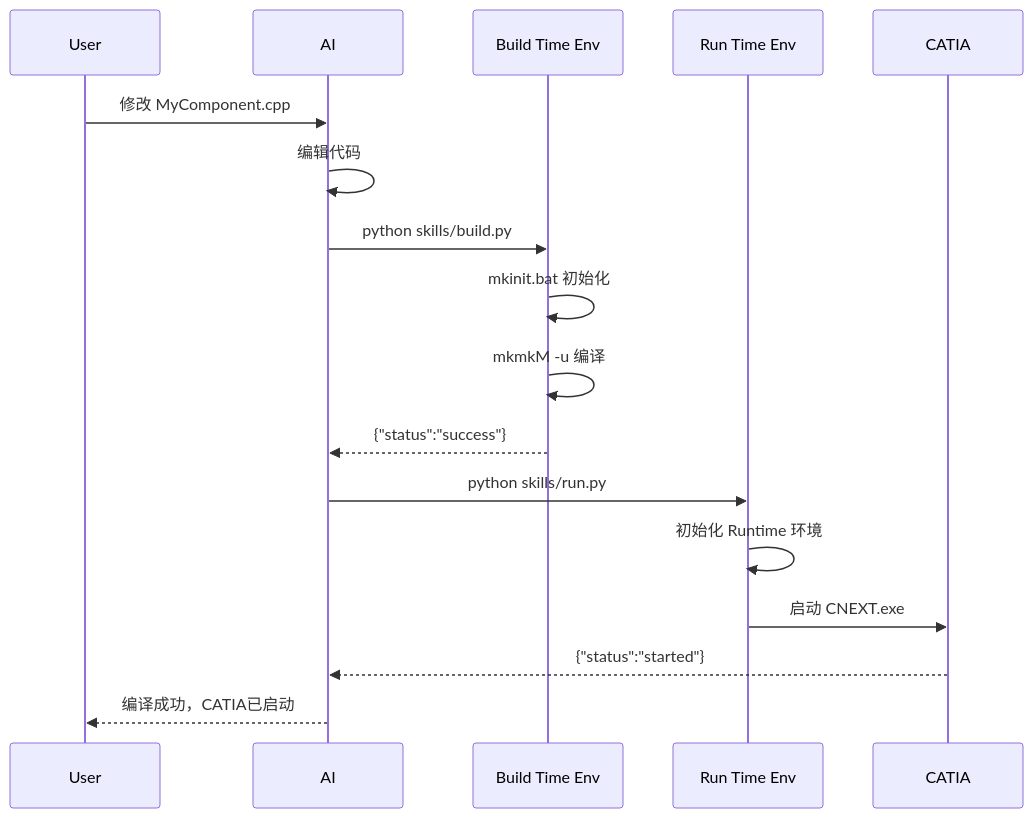
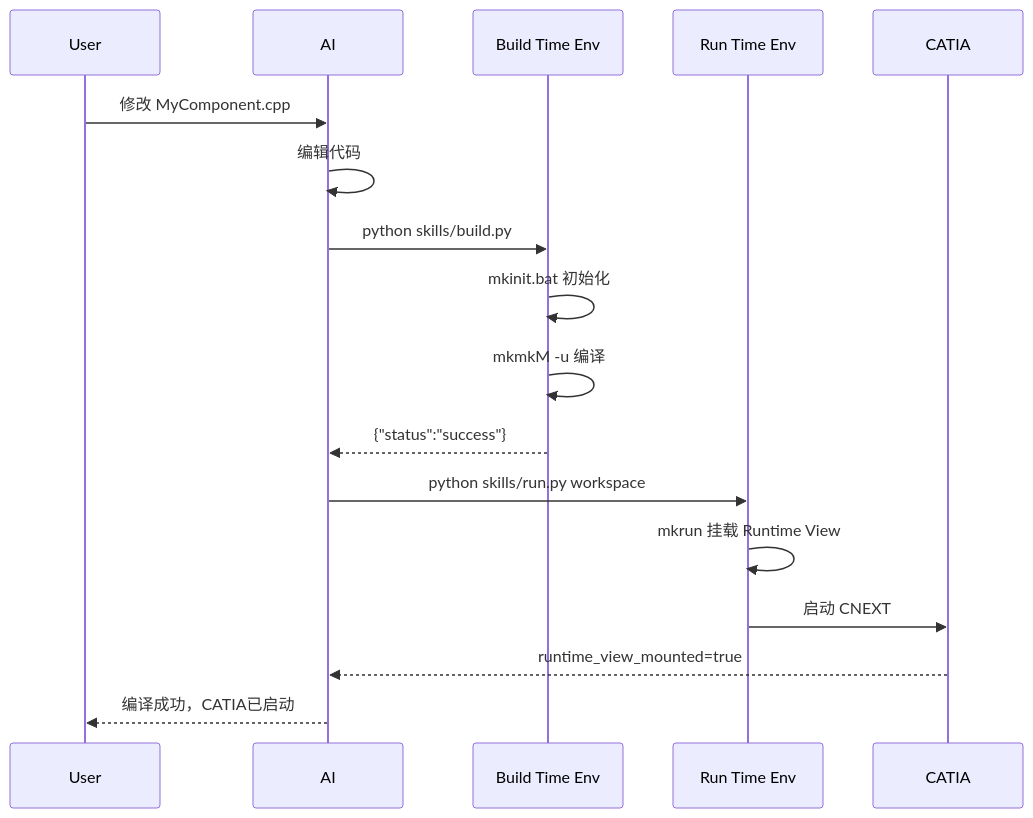
One commit to chenlei-gh/CADE changed the second of 3 diagrams in .agents/skills/catia-caa-dev/docs/guides/BUILD_RUN_TIME_USAGE_GUIDE.md. Above: the diagram before and after it, drawn with Mermaid. The commit also changed other lines of this file and 11 other files, not shown here.

Commit message:
Document workspace-mounted CATIA launch

````diff
--- a/.agents/skills/catia-caa-dev/docs/guides/BUILD_RUN_TIME_USAGE_GUIDE.md
+++ b/.agents/skills/catia-caa-dev/docs/guides/BUILD_RUN_TIME_USAGE_GUIDE.md
@@ -281,20 +281,20 @@
 ```mermaid
 sequenceDiagram
     participant User
     participant AI
     participant BuildTime as Build Time Env
     participant RunTime as Run Time Env
     participant CATIA
 
     User->>AI: 修改 MyComponent.cpp
     AI->>AI: 编辑代码
     AI->>BuildTime: python skills/build.py
     BuildTime->>BuildTime: mkinit.bat 初始化
     BuildTime->>BuildTime: mkmkM -u 编译
     BuildTime-->>AI: {"status":"success"}
-    AI->>RunTime: python skills/run.py
-    RunTime->>RunTime: 初始化 Runtime 环境
-    RunTime->>CATIA: 启动 CNEXT.exe
-    CATIA-->>AI: {"status":"started"}
+    AI->>RunTime: python skills/run.py workspace
+    RunTime->>RunTime: mkrun 挂载 Runtime View
+    RunTime->>CATIA: 启动 CNEXT
+    CATIA-->>AI: runtime_view_mounted=true
     AI-->>User: 编译成功，CATIA已启动
 ```
````
